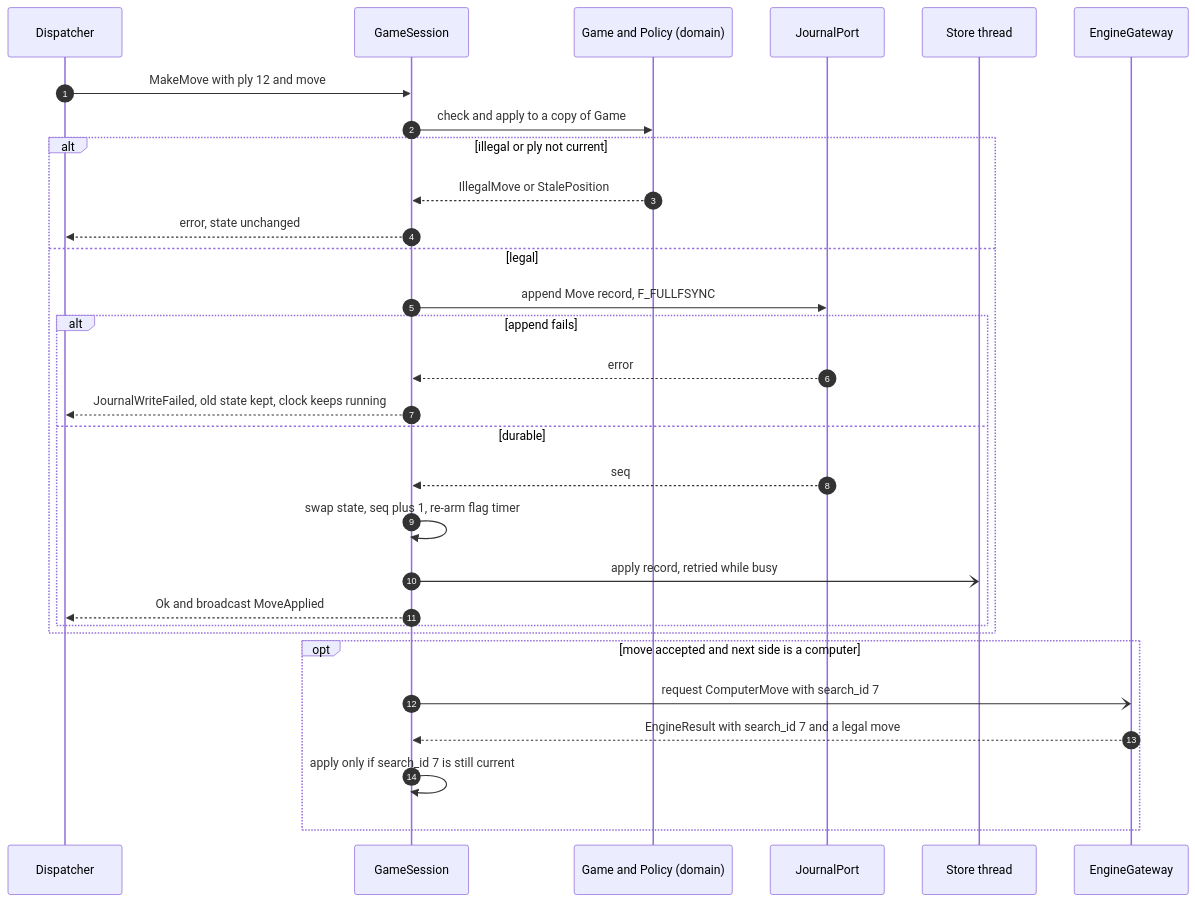
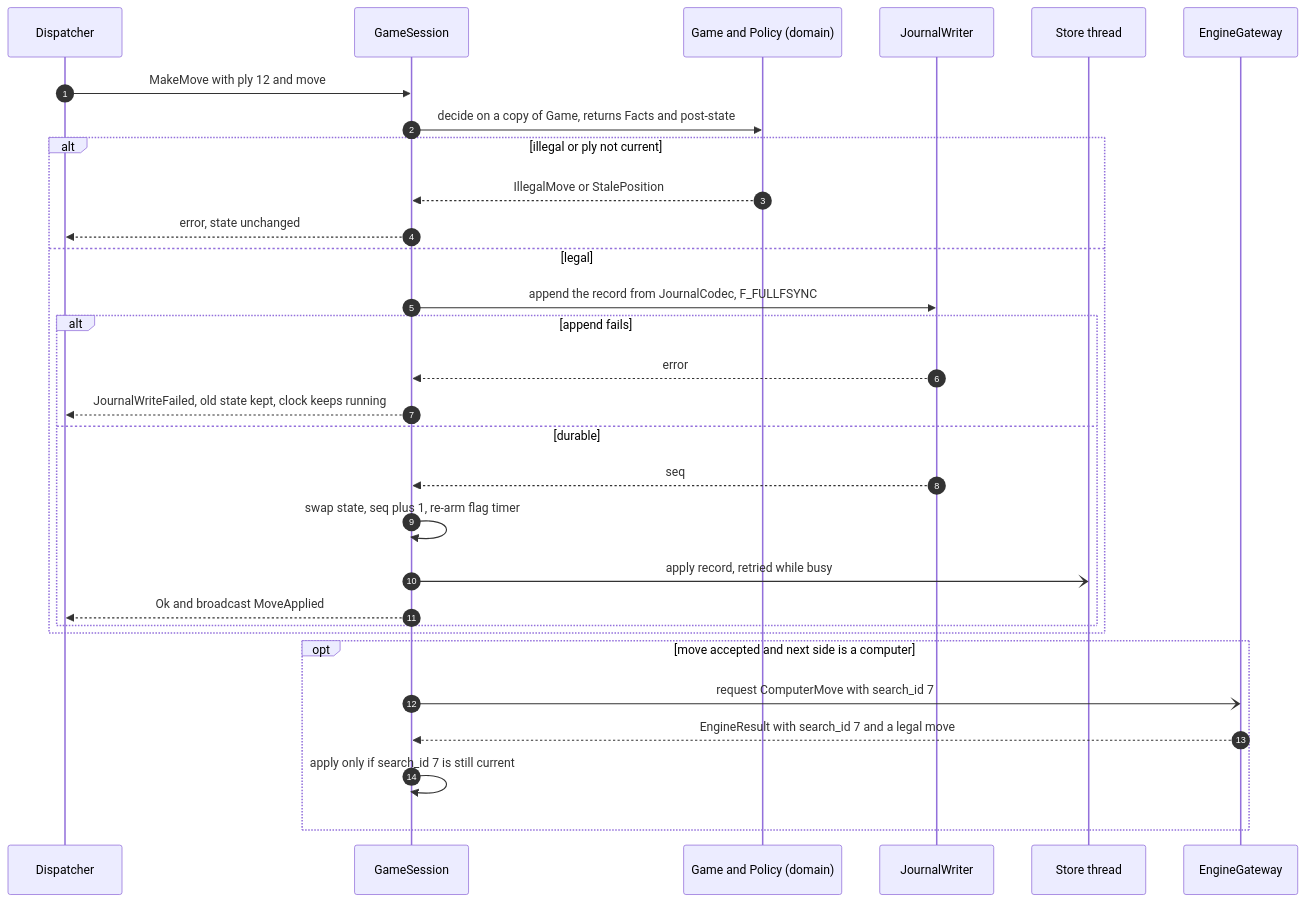
The fifth of 15 diagrams in docs/design/SDD-chess-app.md (bprascher/chess), drawn with Mermaid before and after one commit. The commit also changed other lines of this file and 17 other files, not shown here.

First line of the commit message:
Apply architecture addendum B and C to the SDDs and add the v0.4 consistency pass

````diff
--- a/docs/design/SDD-chess-app.md
+++ b/docs/design/SDD-chess-app.md
@@ -456,32 +514,32 @@
 ```mermaid
 sequenceDiagram
     autonumber
     participant D as Dispatcher
     participant S as GameSession
     participant P as Game and Policy (domain)
-    participant J as JournalPort
+    participant J as JournalWriter
     participant ST as Store thread
     participant G as EngineGateway
     D->>S: MakeMove with ply 12 and move
-    S->>P: check and apply to a copy of Game
+    S->>P: decide on a copy of Game, returns Facts and post-state
     alt illegal or ply not current
         P-->>S: IllegalMove or StalePosition
         S-->>D: error, state unchanged
     else legal
-        S->>J: append Move record, F_FULLFSYNC
+        S->>J: append the record from JournalCodec, F_FULLFSYNC
         alt append fails
             J-->>S: error
             S-->>D: JournalWriteFailed, old state kept, clock keeps running
         else durable
             J-->>S: seq
             S->>S: swap state, seq plus 1, re-arm flag timer
             S-)ST: apply record, retried while busy
             S-->>D: Ok and broadcast MoveApplied
         end
     end
     opt move accepted and next side is a computer
         S-)G: request ComputerMove with search_id 7
         G-->>S: EngineResult with search_id 7 and a legal move
         S->>S: apply only if search_id 7 is still current
     end
 ```
````
